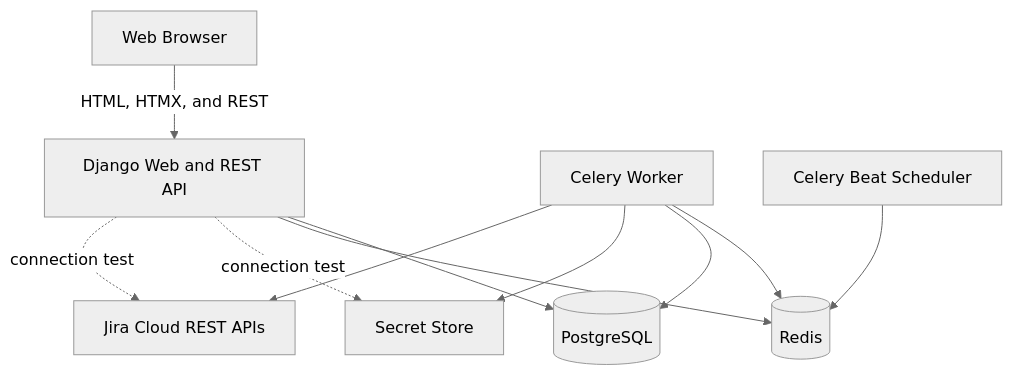
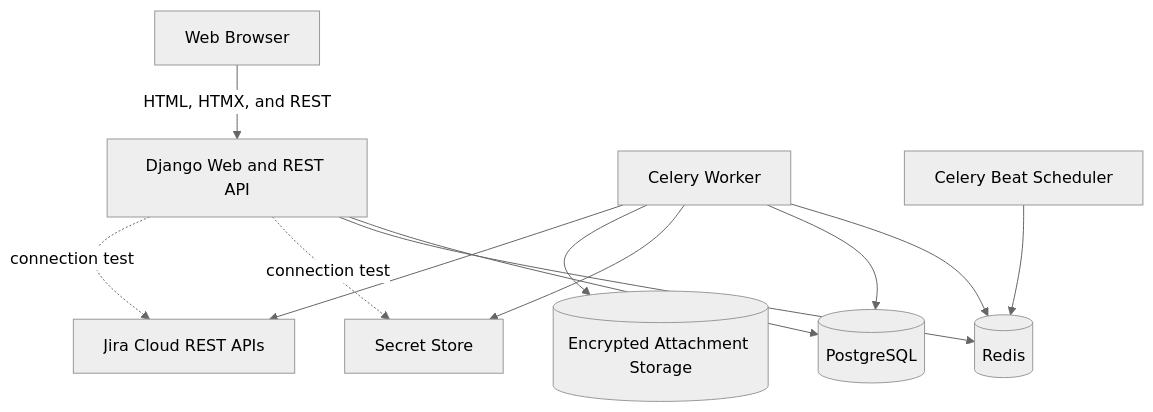
The second of 2 diagrams in docs/solution-architecture.md (zbambas/teristika), drawn with Mermaid (neutral theme) before and after one commit. The commit also changed other lines of this file and 30 other files, not shown here.

````diff
--- a/docs/solution-architecture.md
+++ b/docs/solution-architecture.md
@@ -45,22 +47,24 @@
 ```mermaid
 flowchart TB
   Browser[Web Browser]
   Web[Django Web and REST API]
     Worker[Celery Worker]
     Scheduler[Celery Beat Scheduler]
     DB[(PostgreSQL)]
     Queue[(Redis)]
     Secrets[Secret Store]
+    BlobStore[(Encrypted Attachment Storage)]
     Jira[Jira Cloud REST APIs]
 
     Browser -->|HTML, HTMX, and REST| Web
     Web --> DB
     Web --> Queue
     Worker --> Queue
     Scheduler --> Queue
     Worker --> DB
     Worker --> Secrets
+    Worker --> BlobStore
     Worker --> Jira
     Web -. connection test .-> Secrets
     Web -. connection test .-> Jira
 ```
````
